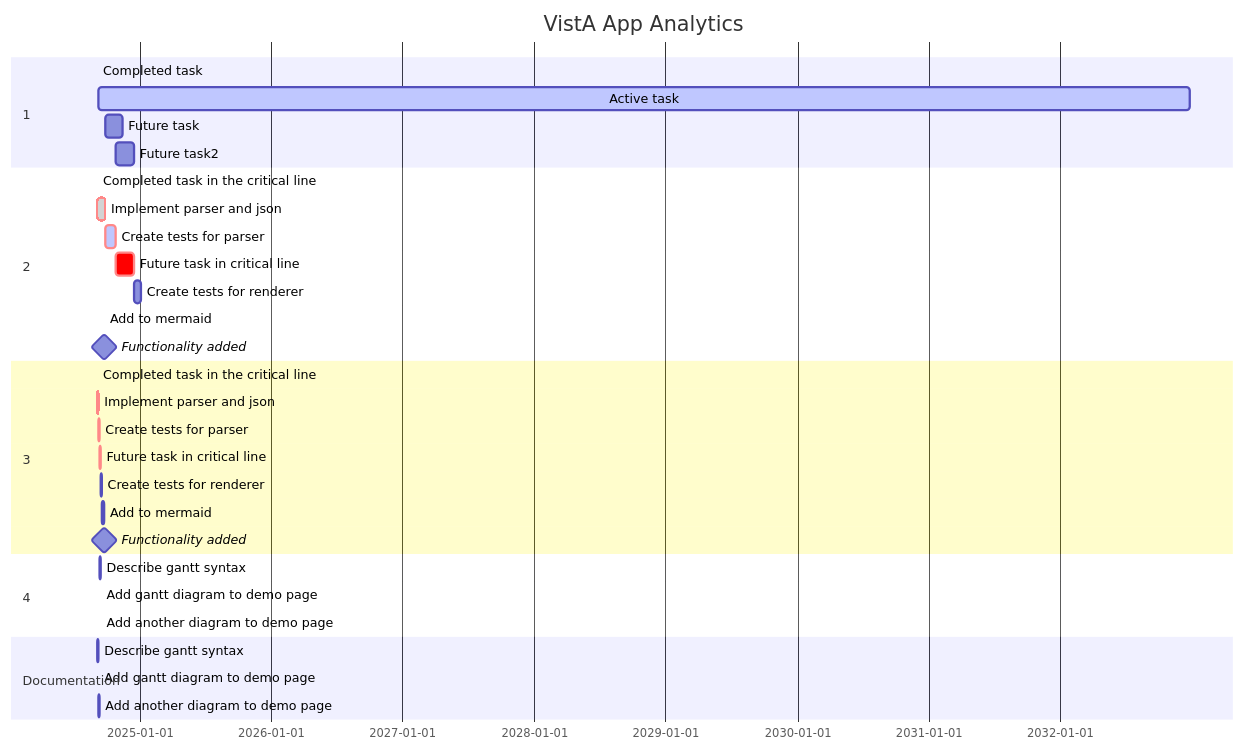
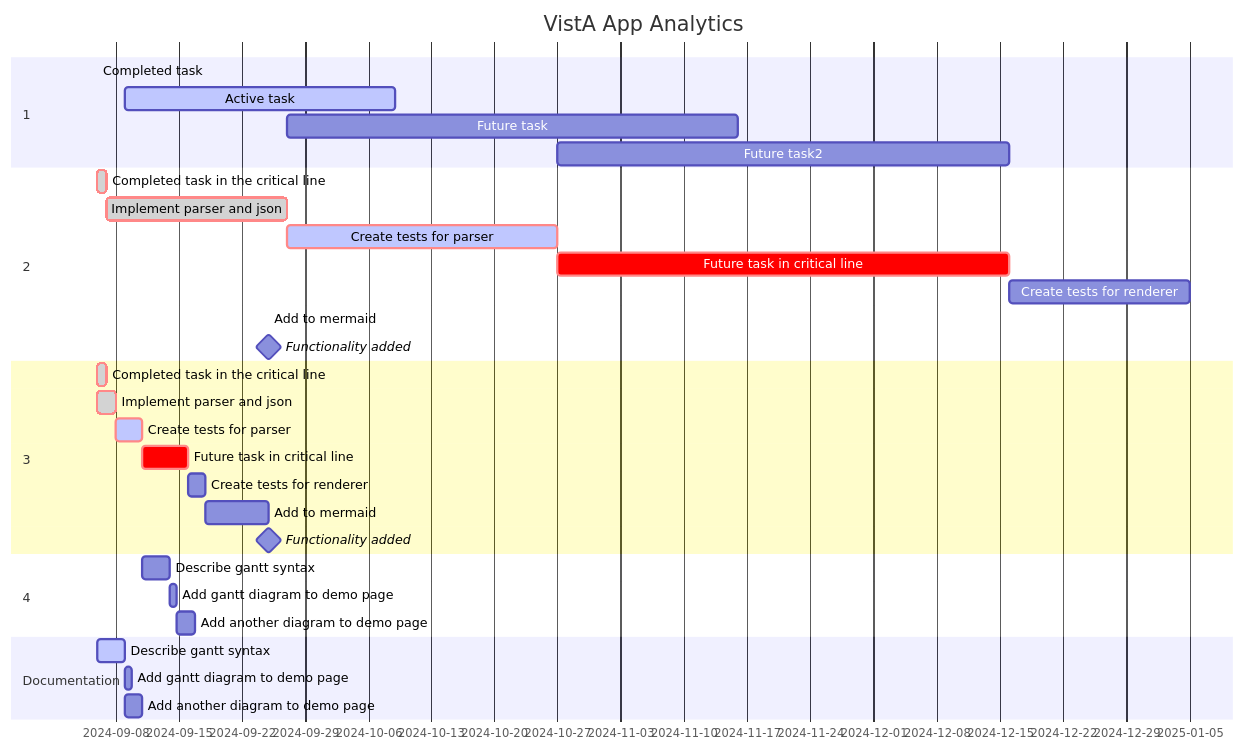
The diagram in readme.md (cloudvista/vaa), drawn with Mermaid before and after one commit.

````diff
--- a/readme.md
+++ b/readme.md
@@ -43,40 +43,40 @@
 ```mermaid
 gantt
     dateFormat  YY-MM-DD
     title       VistA App Analytics
  
     section 1
     Completed task            :done,    task1, 2024-09-06,2024-09-08
-    Active task               :active,  task2, 2024-09-09, 3030d
+    Active task               :active,  task2, 2024-09-09, 30d
     Future task               :         task3, after task2, 50d
     Future task2              :         task4, after task3, 50d
 
     section 2
     Completed task in the critical line :crit, done, 2024-09-06,24h
     Implement parser and json          :crit, done, after task1, 20d
     Create tests for parser             :crit, active, 30d
     Future task in critical line        :crit, 50d
     Create tests for renderer           :20d
     Add to mermaid                      :until isadded
     Functionality added                 :milestone, isadded, 2024-09-25, 0d
     
     section 3
     Completed task in the critical line :crit, done, 2024-09-06,24h
     Implement parser and json          :crit, done, after des1, 2d
     Create tests for parser             :crit, active, 3d
     Future task in critical line        :crit, 5d
     Create tests for renderer           :2d
     Add to mermaid                      :until isadded
     Functionality added                 :milestone, isadded, 2024-09-25, 0d
 
     section 4
     Describe gantt syntax               :after doc1, 3d
     Add gantt diagram to demo page      :20h
     Add another diagram to demo page    :48h
 
     section Documentation
     Describe gantt syntax               :active, a1, after des1, 3d
     Add gantt diagram to demo page      :after a1  , 20h
     Add another diagram to demo page    :doc1, after a1  , 48h
 
 ```
````
